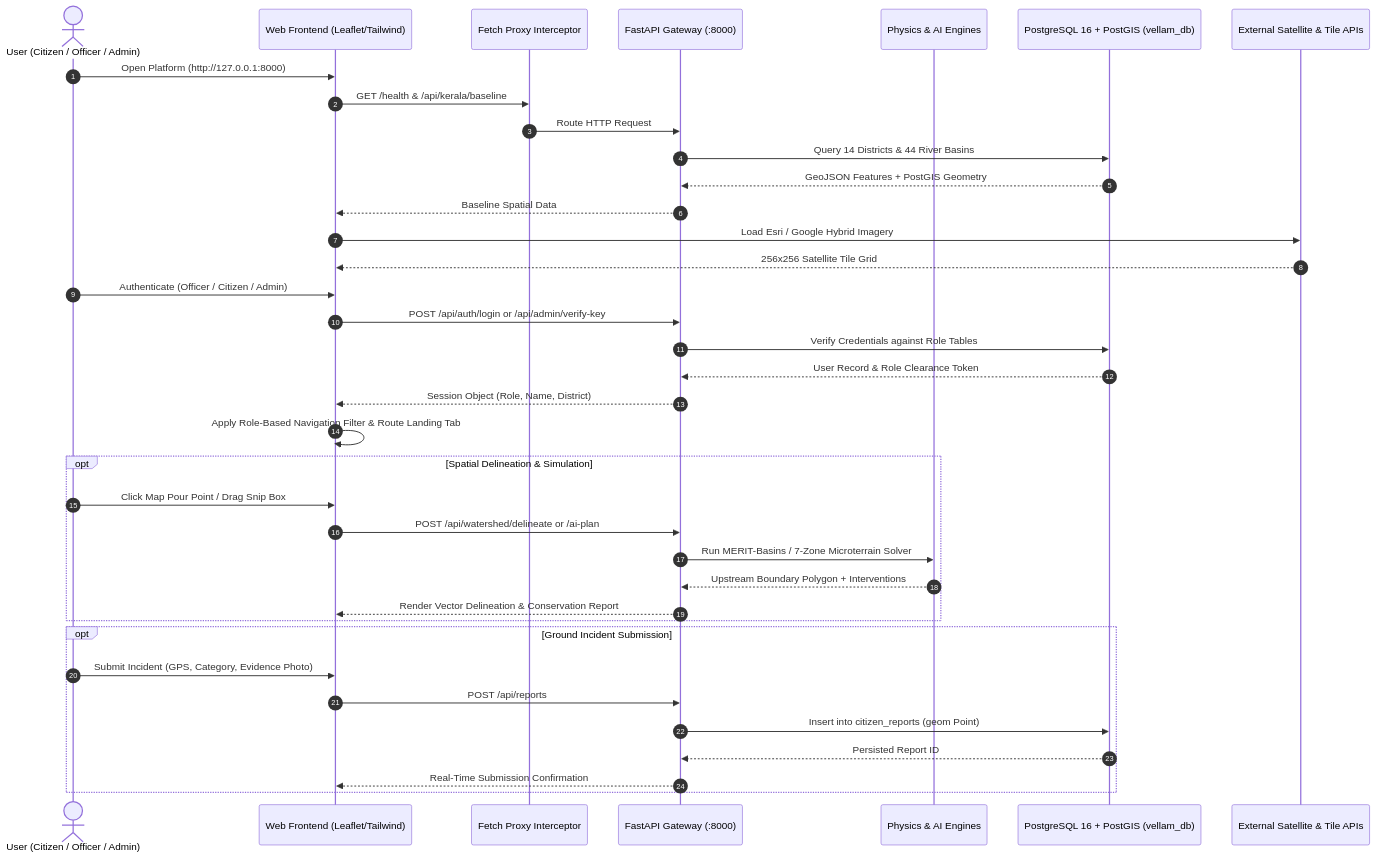
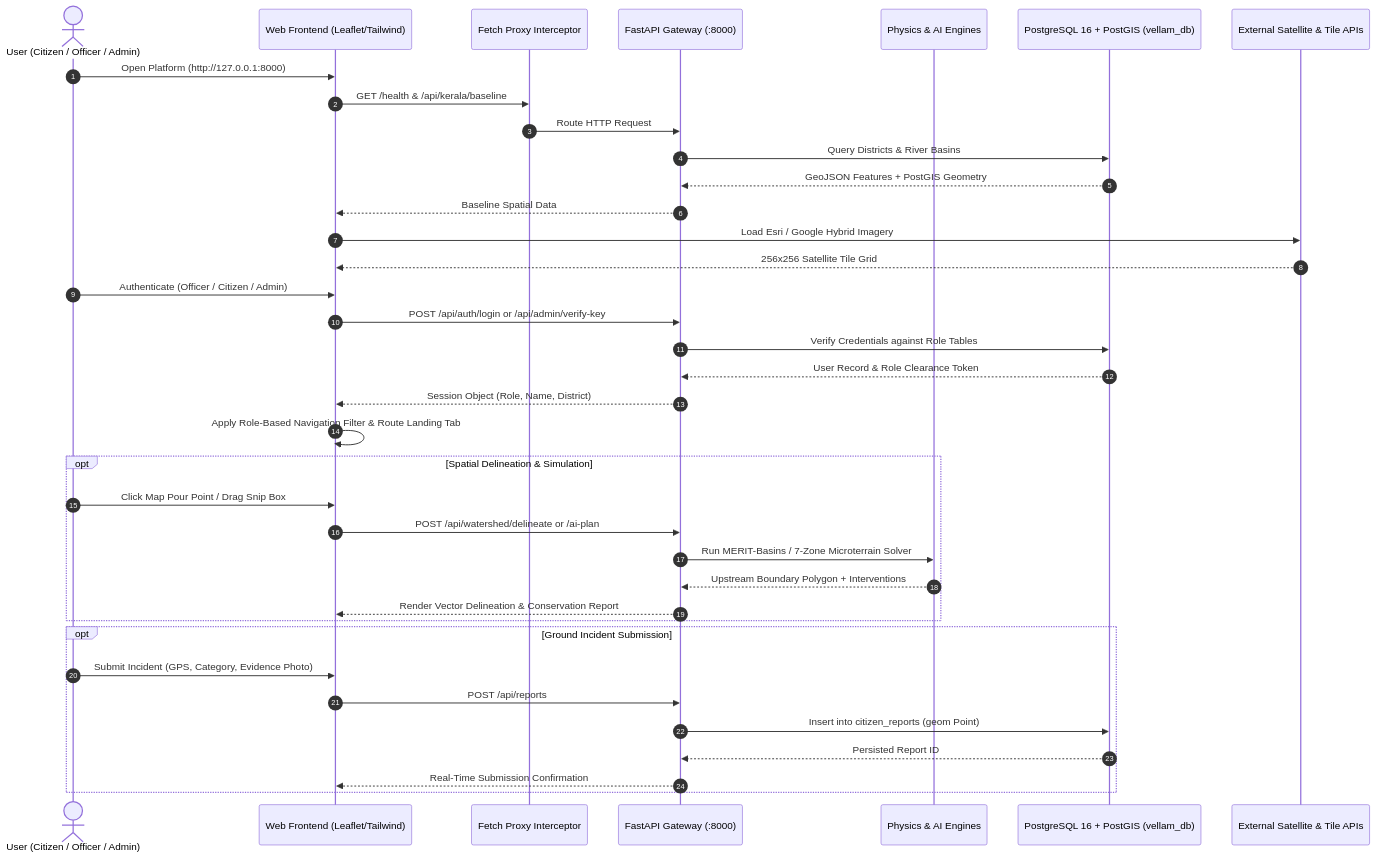
The first of 7 diagrams in README.md (bijaythms/JAL_TARANGA), drawn with Mermaid before and after one commit. The commit also changed other lines of this file and 3 other files, not shown here.

````diff
--- a/README.md
+++ b/README.md
@@ -96,47 +96,47 @@
 ```mermaid
 sequenceDiagram
     autonumber
     actor User as User (Citizen / Officer / Admin)
     participant Client as Web Frontend (Leaflet/Tailwind)
     participant Proxy as Fetch Proxy Interceptor
     participant API as FastAPI Gateway (:8000)
     participant Engine as Physics & AI Engines
     participant DB as PostgreSQL 16 + PostGIS (vellam_db)
     participant External as External Satellite & Tile APIs
 
     %% Session Initialization
     User->>Client: Open Platform (http://127.0.0.1:8000)
     Client->>Proxy: GET /health & /api/kerala/baseline
     Proxy->>API: Route HTTP Request
-    API->>DB: Query 14 Districts & 44 River Basins
+    API->>DB: Query Districts & River Basins
     DB-->>API: GeoJSON Features + PostGIS Geometry
     API-->>Client: Baseline Spatial Data
     Client->>External: Load Esri / Google Hybrid Imagery
     External-->>Client: 256x256 Satellite Tile Grid
 
     %% Role Authentication
     User->>Client: Authenticate (Officer / Citizen / Admin)
     Client->>API: POST /api/auth/login or /api/admin/verify-key
     API->>DB: Verify Credentials against Role Tables
     DB-->>API: User Record & Role Clearance Token
     API-->>Client: Session Object (Role, Name, District)
     Client->>Client: Apply Role-Based Navigation Filter & Route Landing Tab
 
     %% Operational Action Example: Delineation & AI Plan
     opt Spatial Delineation & Simulation
         User->>Client: Click Map Pour Point / Drag Snip Box
         Client->>API: POST /api/watershed/delineate or /ai-plan
         API->>Engine: Run MERIT-Basins / 7-Zone Microterrain Solver
         Engine-->>API: Upstream Boundary Polygon + Interventions
         API-->>Client: Render Vector Delineation & Conservation Report
     end
 
     %% Field Telemetry Example: Citizen Hazard Reporting
     opt Ground Incident Submission
         User->>Client: Submit Incident (GPS, Category, Evidence Photo)
         Client->>API: POST /api/reports
         API->>DB: Insert into citizen_reports (geom Point)
         DB-->>API: Persisted Report ID
         API-->>Client: Real-Time Submission Confirmation
     end
 ```
````
